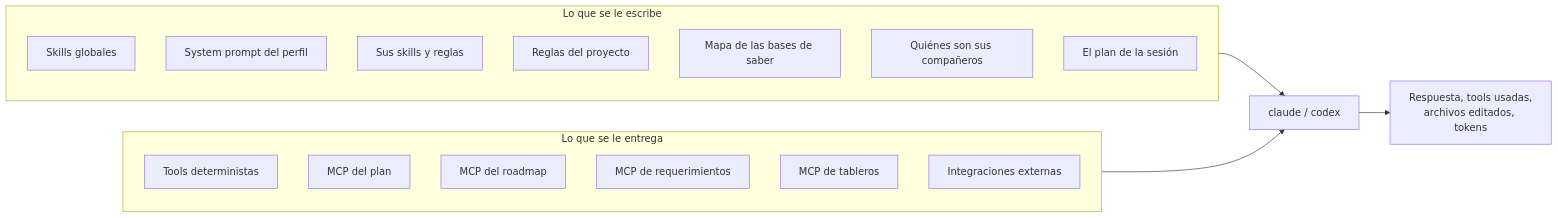
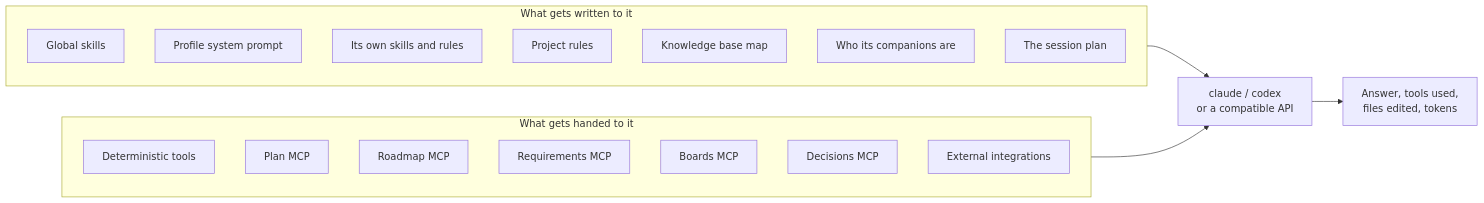
The second of 5 diagrams in README.md (JhonaCodes/keel-ui), drawn with Mermaid before and after one commit. The commit also changed other lines of this file and 178 other files, not shown here.

````diff
--- a/README.md
+++ b/README.md
@@ -87,25 +99,26 @@
 ```mermaid
 flowchart LR
-    subgraph texto["Lo que se le escribe"]
-        A["Skills globales"]
-        B["System prompt del perfil"]
-        C["Sus skills y reglas"]
-        D["Reglas del proyecto"]
-        E["Mapa de las bases de saber"]
-        F["Quiénes son sus compañeros"]
-        G["El plan de la sesión"]
+    subgraph texto["What gets written to it"]
+        A["Global skills"]
+        B["Profile system prompt"]
+        C["Its own skills and rules"]
+        D["Project rules"]
+        E["Knowledge base map"]
+        F["Who its companions are"]
+        G["The session plan"]
     end
 
-    subgraph tools["Lo que se le entrega"]
-        H["Tools deterministas"]
-        I["MCP del plan"]
-        J["MCP del roadmap"]
-        K["MCP de requerimientos"]
-        L["MCP de tableros"]
-        M["Integraciones externas"]
+    subgraph tools["What gets handed to it"]
+        H["Deterministic tools"]
+        I["Plan MCP"]
+        J["Roadmap MCP"]
+        K["Requirements MCP"]
+        L["Boards MCP"]
+        LL["Decisions MCP"]
+        M["External integrations"]
     end
 
-    texto --> CLI["claude / codex"]
-    tools --> CLI
-    CLI --> N["Respuesta, tools usadas,<br>archivos editados, tokens"]
+    texto --> RUN["claude / codex<br>or a compatible API"]
+    tools --> RUN
+    RUN --> N["Answer, tools used,<br>files edited, tokens"]
 ```
````
